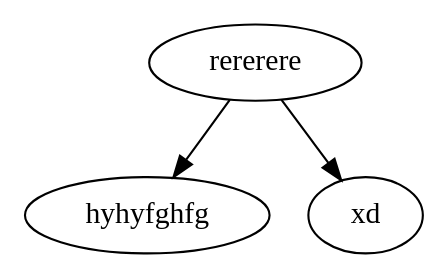
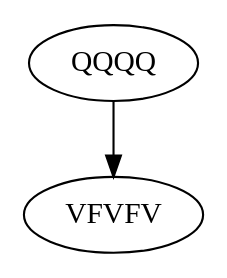
Before and after one commit to fraced97/EDD_2S2019_PY2_201700350: the diagram in ArbolAvl.dot, drawn with Graphviz. The commit also changed 10 other files, not shown here.

```diff
--- a/ArbolAvl.dot
+++ b/ArbolAvl.dot
@@ -1,8 +1,6 @@
 digraph G {
 
-"rererere";
-"rererere"->"hyhyfghfg";
-"rererere"->"xd";
-"hyhyfghfg";
-"xd";
+"QQQQ";
+"QQQQ"->"VFVFV";
+"VFVFV";
 }
```
